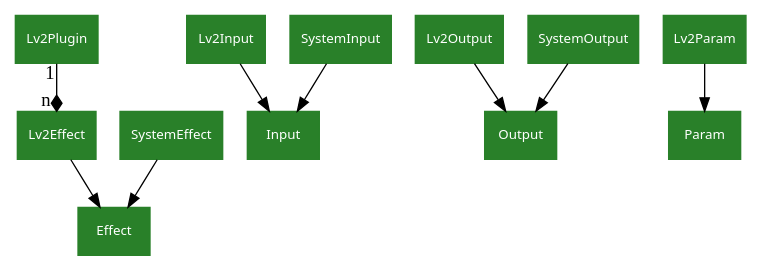
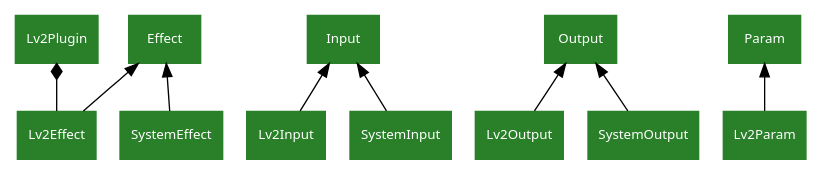
One commit to PedalPi/PluginsManager changed the second of 3 diagrams in docs/source/model.rst. Above: the diagram before and after it, drawn with Graphviz. The commit also changed other lines of this file and 5 other files, not shown here.

```diff
--- a/docs/source/model.rst
+++ b/docs/source/model.rst
@@ -49,21 +40,20 @@
 .. graphviz::
 
    digraph classes {
-       graph [rankdir=TB];
+       graph [rankdir=BT];
        node [shape=rect, style=filled, color="#298029", fontname=Sans, fontcolor="#ffffff", fontsize=10];
 
-       Lv2Plugin->Lv2Effect[
-           dir="backward", arrowhead="diamond", arrowtail="normal",
-           headlabel= "   n", taillabel="1"
+       Lv2Effect->Lv2Plugin[
+           dir="backward", arrowhead="diamond", arrowtail="normal"
        ];
        Lv2Effect->Effect;
        SystemEffect->Effect;
 
        Lv2Input->Input;
        SystemInput->Input;
 
        Lv2Output->Output;
        SystemOutput->Output;
 
        Lv2Param->Param;
    }
```
